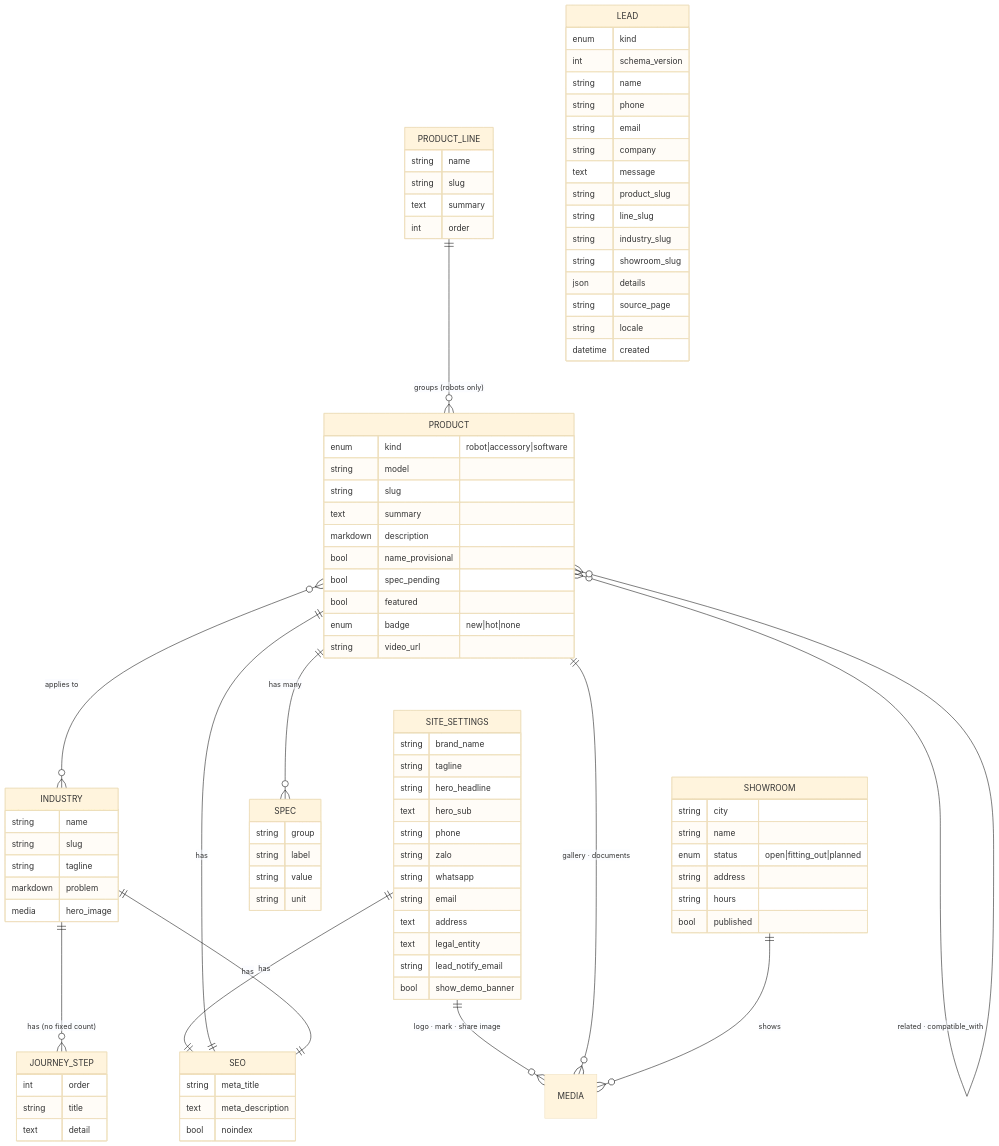
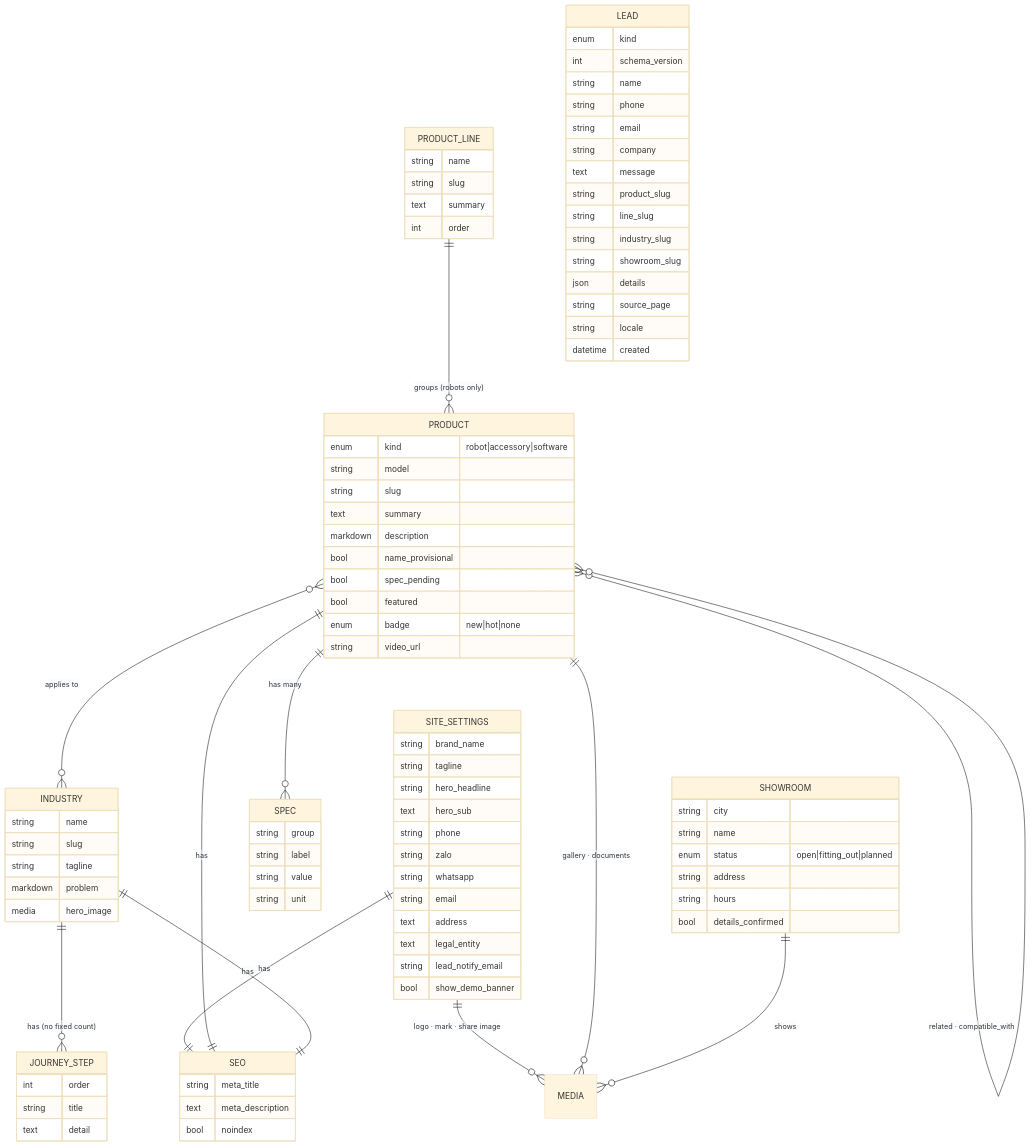
One commit to ancJ29/v-robotic changed the fifth of 6 diagrams in docs/architecture.md. Above: the diagram before and after it, drawn with Mermaid (base theme). The commit also changed other lines of this file and 5 other files, not shown here.

First line of the commit message:
refactor(content): rename showroom published to details_confirmed

```diff
--- a/docs/architecture.md
+++ b/docs/architecture.md
@@ -420,7 +420,7 @@
         enum status "open|fitting_out|planned"
         string address
         string hours
-        bool published
+        bool details_confirmed
     }
     LEAD {
         enum kind
```
